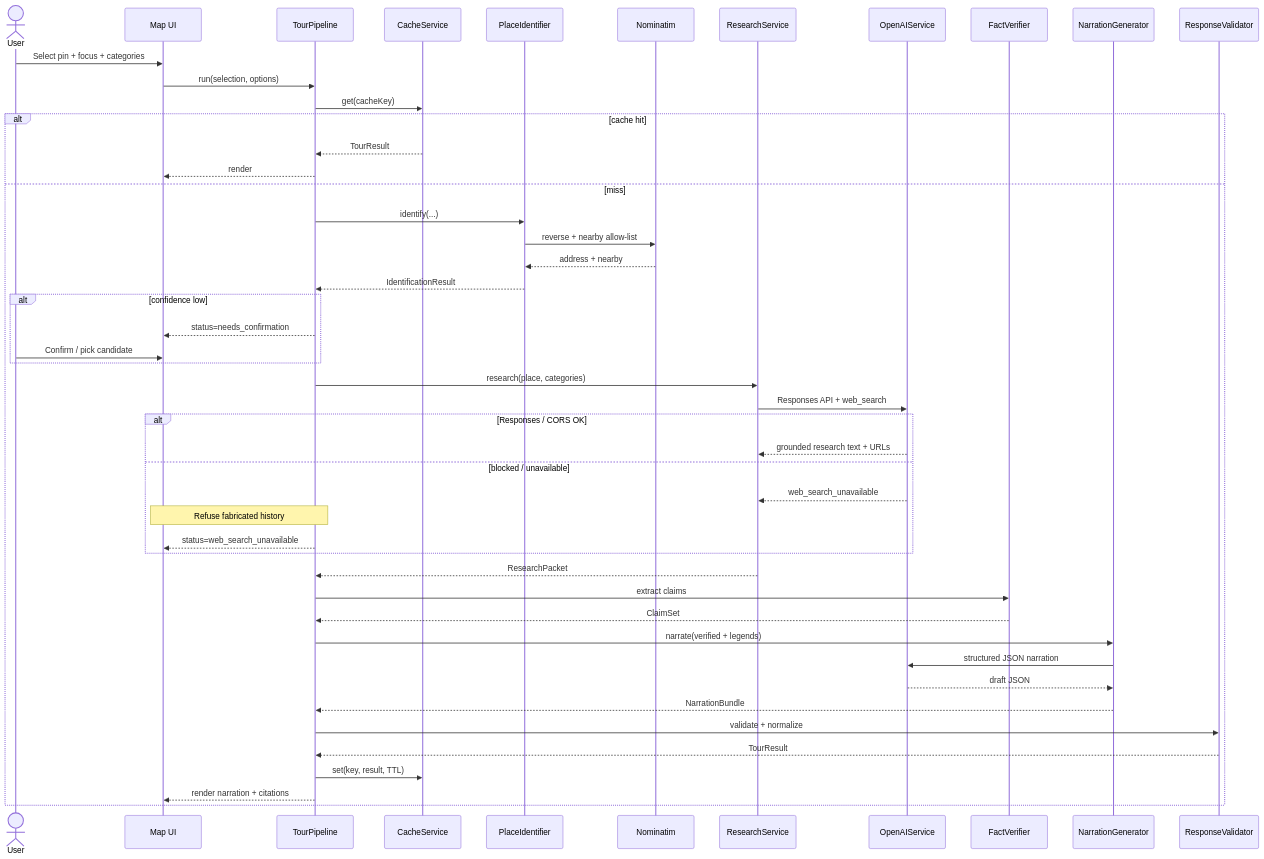
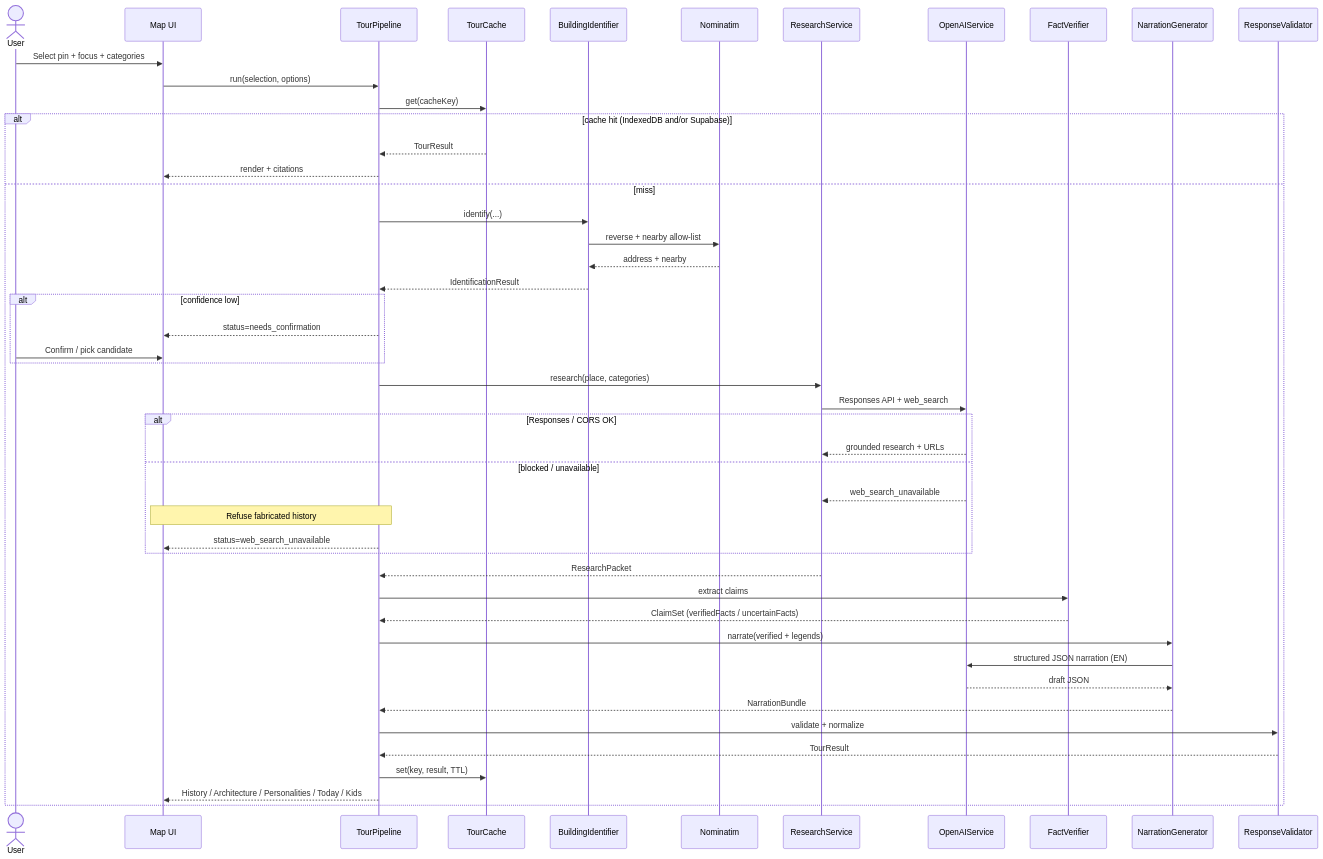
One commit to spirea89/GuidedCityTour changed the third of 3 diagrams in docs/AI_ARCHITECTURE.md. Above: the diagram before and after it, drawn with Mermaid. The commit also changed other lines of this file and 18 other files, not shown here.

First line of the commit message:
Ship v2.1.0 production AI architecture: Supabase cache design, SOLID aliases, polished docs.

````diff
--- a/docs/AI_ARCHITECTURE.md
+++ b/docs/AI_ARCHITECTURE.md
@@ -206,51 +262,51 @@
 ```mermaid
 sequenceDiagram
   actor User
   participant UI as Map UI
   participant Pipe as TourPipeline
-  participant Cache as CacheService
-  participant ID as PlaceIdentifier
+  participant Cache as TourCache
+  participant ID as BuildingIdentifier
   participant OSM as Nominatim
   participant RS as ResearchService
   participant OAI as OpenAIService
   participant FV as FactVerifier
   participant NG as NarrationGenerator
   participant Val as ResponseValidator
 
   User->>UI: Select pin + focus + categories
   UI->>Pipe: run(selection, options)
   Pipe->>Cache: get(cacheKey)
-  alt cache hit
+  alt cache hit (IndexedDB and/or Supabase)
     Cache-->>Pipe: TourResult
-    Pipe-->>UI: render
+    Pipe-->>UI: render + citations
   else miss
     Pipe->>ID: identify(...)
     ID->>OSM: reverse + nearby allow-list
     OSM-->>ID: address + nearby
     ID-->>Pipe: IdentificationResult
     alt confidence low
       Pipe-->>UI: status=needs_confirmation
       User->>UI: Confirm / pick candidate
     end
     Pipe->>RS: research(place, categories)
     RS->>OAI: Responses API + web_search
     alt Responses / CORS OK
-      OAI-->>RS: grounded research text + URLs
+      OAI-->>RS: grounded research + URLs
     else blocked / unavailable
       OAI-->>RS: web_search_unavailable
       Note over Pipe,UI: Refuse fabricated history
       Pipe-->>UI: status=web_search_unavailable
     end
     RS-->>Pipe: ResearchPacket
     Pipe->>FV: extract claims
-    FV-->>Pipe: ClaimSet
+    FV-->>Pipe: ClaimSet (verifiedFacts / uncertainFacts)
     Pipe->>NG: narrate(verified + legends)
-    NG->>OAI: structured JSON narration
+    NG->>OAI: structured JSON narration (EN)
     OAI-->>NG: draft JSON
     NG-->>Pipe: NarrationBundle
     Pipe->>Val: validate + normalize
     Val-->>Pipe: TourResult
     Pipe->>Cache: set(key, result, TTL)
-    Pipe-->>UI: render narration + citations
+    Pipe-->>UI: History / Architecture / Personalities / Today / Kids
   end
 ```
````
